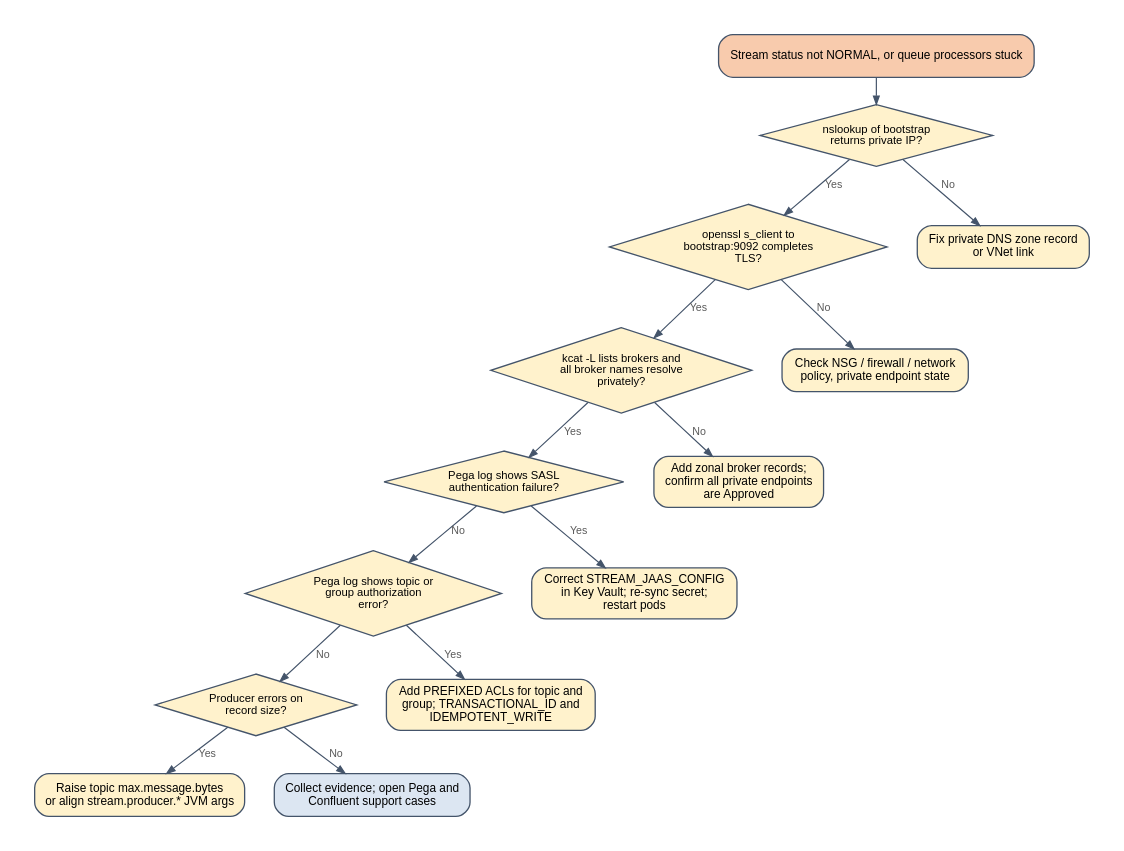
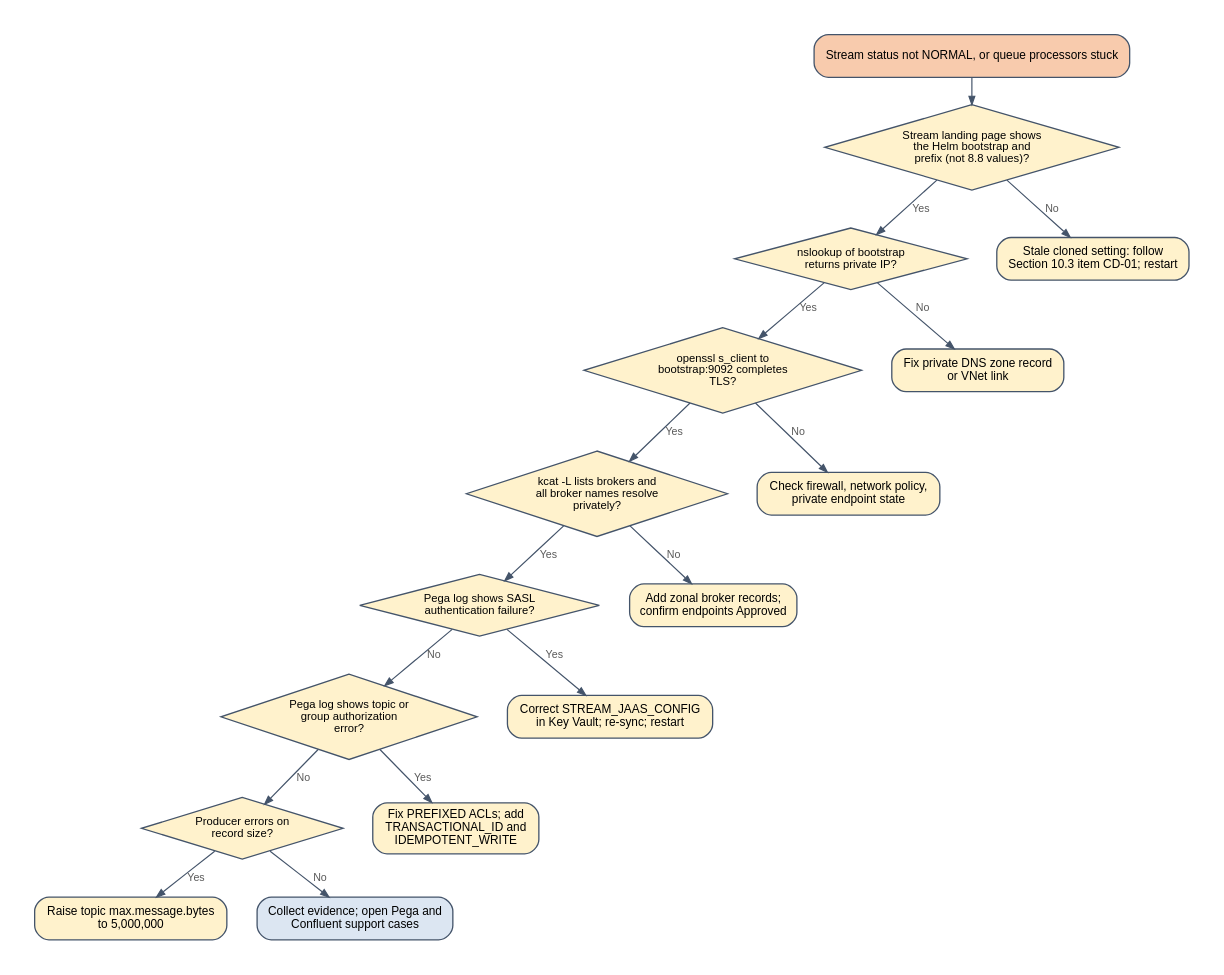
One commit to ravislr-beep/Sukoon changed the diagram in runbook/img/generated/fig_troubleshoot_kafka.dot. Above: the diagram before and after it, drawn with Graphviz. The commit also changed 74 other files, not shown here.

Commit message:
Add naming, Helm values and reference sources for the clone-and-upgrade runbook; regenerate diagrams

```diff
--- a/runbook/img/generated/fig_troubleshoot_kafka.dot
+++ b/runbook/img/generated/fig_troubleshoot_kafka.dot
@@ -1,31 +1,34 @@
 digraph G {
 
   graph [fontname="Liberation Sans", fontsize=11, bgcolor="white", pad="0.3", nodesep="0.35", ranksep="0.45", fontcolor="#1F3864"];
   node  [fontname="Liberation Sans", fontsize=10, shape=box, style="rounded,filled", fillcolor="white", color="#44546A", penwidth=1.1, margin="0.14,0.07"];
   edge  [fontname="Liberation Sans", fontsize=9, color="#44546A", fontcolor="#595959", arrowsize=0.7, penwidth=1.0];
 
 
   rankdir=TB; ranksep=0.3;
   start [label="Stream status not NORMAL, or queue processors stuck", fillcolor="#F8CBAD"];
+  q0 [shape=diamond, style="filled", fillcolor="#FFF2CC", label="Stream landing page shows\nthe Helm bootstrap and\nprefix (not 8.8 values)?", margin="0.04,0.04", fontsize=9.5];
   q1 [shape=diamond, style="filled", fillcolor="#FFF2CC", label="nslookup of bootstrap\nreturns private IP?", margin="0.04,0.04", fontsize=9.5];
   q2 [shape=diamond, style="filled", fillcolor="#FFF2CC", label="openssl s_client to\nbootstrap:9092 completes\nTLS?", margin="0.04,0.04", fontsize=9.5];
   q3 [shape=diamond, style="filled", fillcolor="#FFF2CC", label="kcat -L lists brokers and\nall broker names resolve\nprivately?", margin="0.04,0.04", fontsize=9.5];
   q4 [shape=diamond, style="filled", fillcolor="#FFF2CC", label="Pega log shows SASL\nauthentication failure?", margin="0.04,0.04", fontsize=9.5];
   q5 [shape=diamond, style="filled", fillcolor="#FFF2CC", label="Pega log shows topic or\ngroup authorization\nerror?", margin="0.04,0.04", fontsize=9.5];
   q6 [shape=diamond, style="filled", fillcolor="#FFF2CC", label="Producer errors on\nrecord size?", margin="0.04,0.04", fontsize=9.5];
+  f0 [label="Stale cloned setting: follow\nSection 10.3 item CD-01; restart", fillcolor="#FFF2CC"];
   f1 [label="Fix private DNS zone record\nor VNet link", fillcolor="#FFF2CC"];
-  f2 [label="Check NSG / firewall / network\npolicy, private endpoint state", fillcolor="#FFF2CC"];
-  f3 [label="Add zonal broker records;\nconfirm all private endpoints\nare Approved", fillcolor="#FFF2CC"];
-  f4 [label="Correct STREAM_JAAS_CONFIG\nin Key Vault; re-sync secret;\nrestart pods", fillcolor="#FFF2CC"];
-  f5 [label="Add PREFIXED ACLs for topic and\ngroup; TRANSACTIONAL_ID and\nIDEMPOTENT_WRITE", fillcolor="#FFF2CC"];
-  f6 [label="Raise topic max.message.bytes\nor align stream.producer.* JVM args", fillcolor="#FFF2CC"];
+  f2 [label="Check firewall, network policy,\nprivate endpoint state", fillcolor="#FFF2CC"];
+  f3 [label="Add zonal broker records;\nconfirm endpoints Approved", fillcolor="#FFF2CC"];
+  f4 [label="Correct STREAM_JAAS_CONFIG\nin Key Vault; re-sync; restart", fillcolor="#FFF2CC"];
+  f5 [label="Fix PREFIXED ACLs; add\nTRANSACTIONAL_ID and\nIDEMPOTENT_WRITE", fillcolor="#FFF2CC"];
+  f6 [label="Raise topic max.message.bytes\nto 5,000,000", fillcolor="#FFF2CC"];
   f7 [label="Collect evidence; open Pega and\nConfluent support cases", fillcolor="#DCE6F2"];
-  start -> q1;
+  start -> q0;
+  q0 -> f0 [label="No"]; q0 -> q1 [label="Yes"];
   q1 -> f1 [label="No"]; q1 -> q2 [label="Yes"];
   q2 -> f2 [label="No"]; q2 -> q3 [label="Yes"];
   q3 -> f3 [label="No"]; q3 -> q4 [label="Yes"];
   q4 -> f4 [label="Yes"]; q4 -> q5 [label="No"];
   q5 -> f5 [label="Yes"]; q5 -> q6 [label="No"];
   q6 -> f6 [label="Yes"]; q6 -> f7 [label="No"];
 
 }
```
